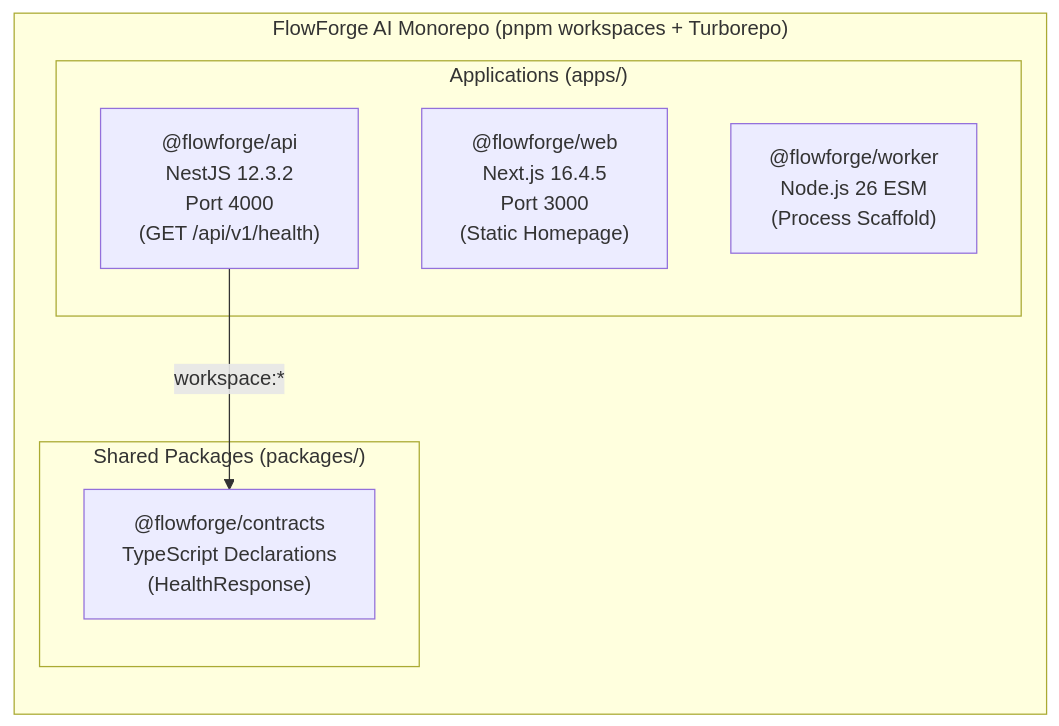
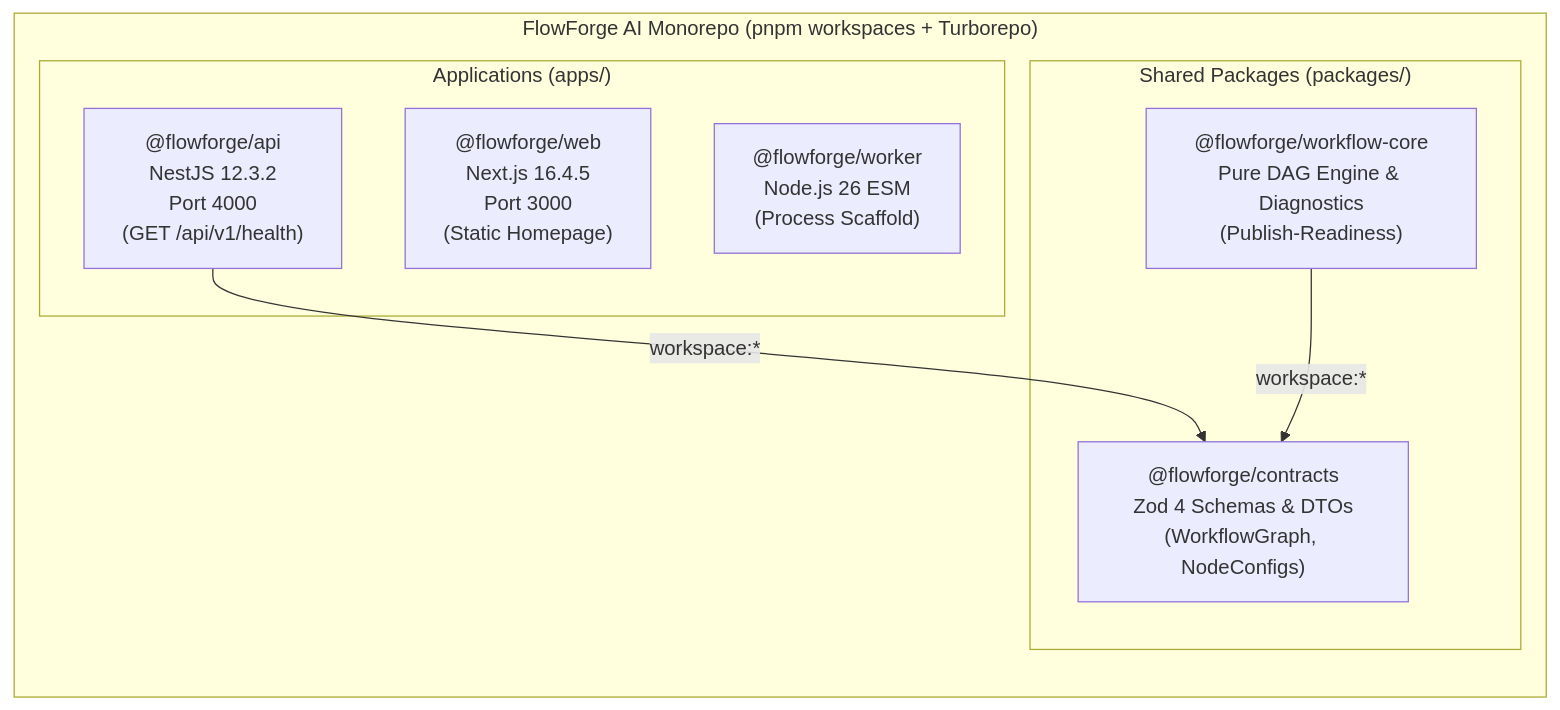
One commit to sourav4004/ForgeFlow changed the first of 7 diagrams in ARCHITECTURE.md. Above: the diagram before and after it, drawn with Mermaid. The commit also changed other lines of this file and 26 other files, not shown here.

Commit message:
feat(workflow-core): complete Phase 2B DAG validation

````diff
--- a/ARCHITECTURE.md
+++ b/ARCHITECTURE.md
@@ -30,17 +30,19 @@
 ```mermaid
 flowchart LR
     subgraph Monorepo["FlowForge AI Monorepo (pnpm workspaces + Turborepo)"]
         direction TB
         subgraph Apps["Applications (apps/)"]
             WEB["@flowforge/web<br/>Next.js 16.4.5<br/>Port 3000<br/>(Static Homepage)"]
             API["@flowforge/api<br/>NestJS 12.3.2<br/>Port 4000<br/>(GET /api/v1/health)"]
             WORKER["@flowforge/worker<br/>Node.js 26 ESM<br/>(Process Scaffold)"]
         end
 
         subgraph Packages["Shared Packages (packages/)"]
-            CONTRACTS["@flowforge/contracts<br/>TypeScript Declarations<br/>(HealthResponse)"]
+            CONTRACTS["@flowforge/contracts<br/>Zod 4 Schemas & DTOs<br/>(WorkflowGraph, NodeConfigs)"]
+            WORKFLOW_CORE["@flowforge/workflow-core<br/>Pure DAG Engine & Diagnostics<br/>(Publish-Readiness)"]
         end
     end
 
     API -->|workspace:*| CONTRACTS
+    WORKFLOW_CORE -->|workspace:*| CONTRACTS
 ```
````
